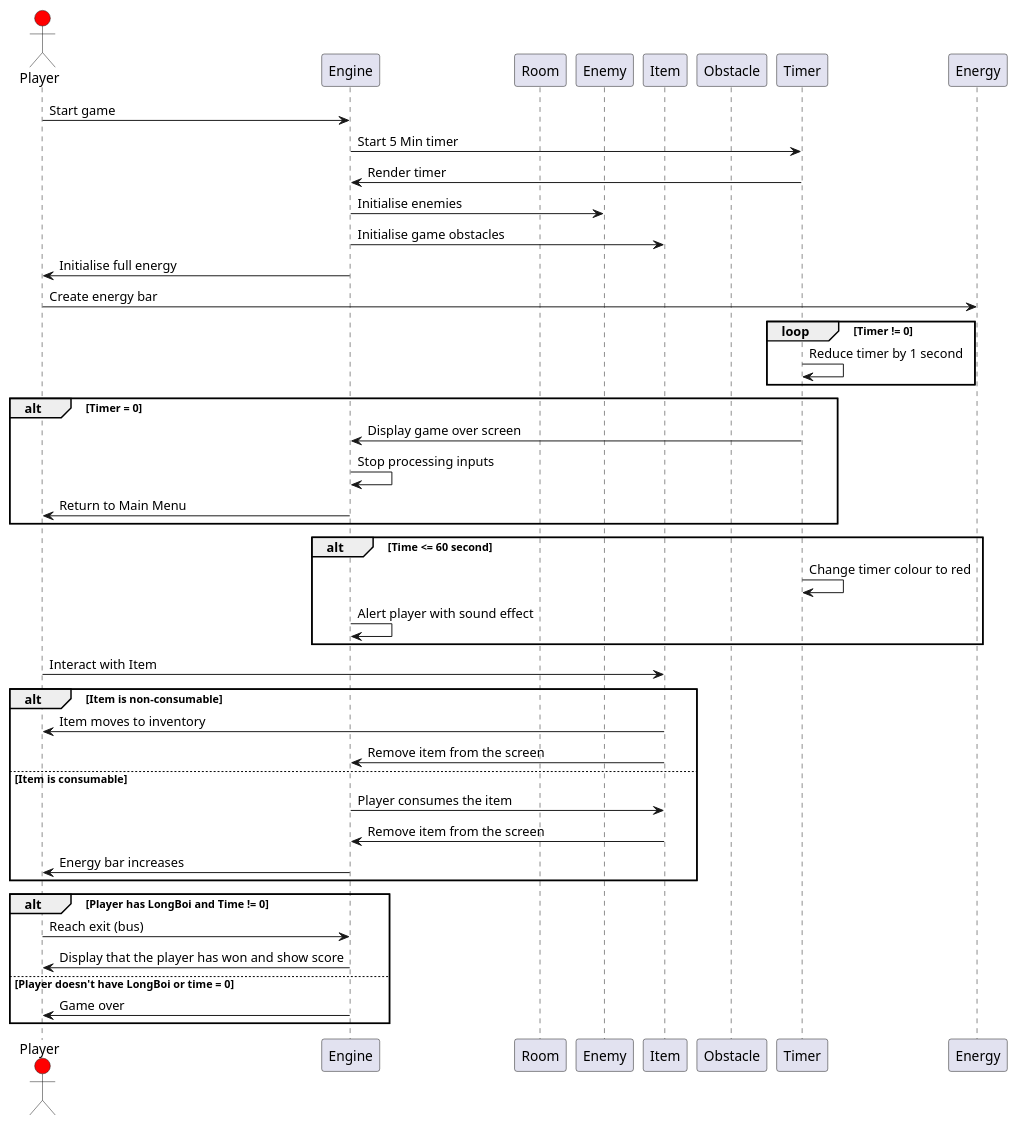
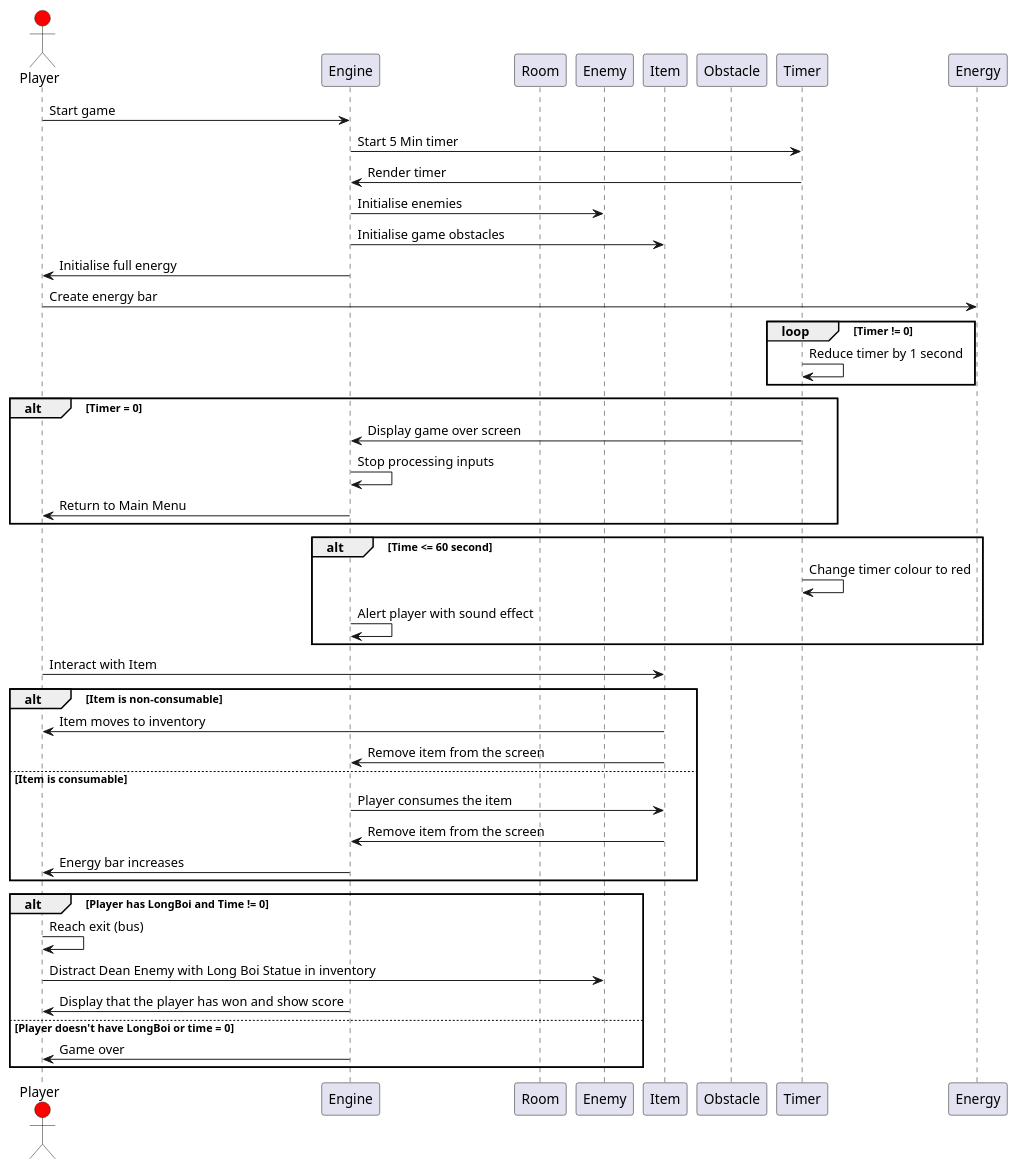
Before and after one commit to WHALES-ENG1/WHALES-Assets: the diagram in Architecture/structuralMain.puml, drawn with PlantUML.

Commit message:
Tidied game end logic

```diff
--- a/Architecture/structuralMain.puml
+++ b/Architecture/structuralMain.puml
@@ -1,70 +1,71 @@
 @startuml structuralDiagram
 
 'separate diagram for main menu? i.e. settings leaderboard'
 
 'participants: player, room, engine, goose'
 'sequence diagram - mainly decisions'
 
 actor Player #Red
 participant Engine
 participant Room
 participant Enemy
 participant Item
 participant Obstacle
 participant Timer
 participant Energy
 
 
 'start of the game'
 
 Player -> Engine: Start game
 Engine -> Timer: Start 5 Min timer
 Timer -> Engine: Render timer
 
 
 'creation of the maze
 
 Engine -> Enemy: Initialise enemies
 Engine -> Item: Initialise game obstacles
 Engine -> Player: Initialise full energy
 Player -> Energy: Create energy bar
 
 'timer:'
 
 loop Timer != 0
     Timer -> Timer: Reduce timer by 1 second
 end
 
 alt Timer = 0
     Timer -> Engine: Display game over screen
     Engine -> Engine: Stop processing inputs
     Engine -> Player: Return to Main Menu
 end
 
 alt Time <= 60 second
     Timer -> Timer: Change timer colour to red
     Engine -> Engine: Alert player with sound effect
 end
 
 'items:'
 
 Player -> Item: Interact with Item
 alt Item is non-consumable
     Item -> Player: Item moves to inventory
     Item -> Engine: Remove item from the screen
 else Item is consumable
     Engine -> Item: Player consumes the item
     Item -> Engine: Remove item from the screen
     Engine -> Player: Energy bar increases
 end
 
 'player wins the game (longboi is returned and make the bus):'
 
 alt Player has LongBoi and Time != 0
-    Player -> Engine: Reach exit (bus)
+    Player -> Player: Reach exit (bus)
+    Player -> Enemy: Distract Dean Enemy with Long Boi Statue in inventory
     Engine -> Player: Display that the player has won and show score
 else Player doesn't have LongBoi or time = 0
     Engine -> Player: Game over
 end
 
 @enduml
```
